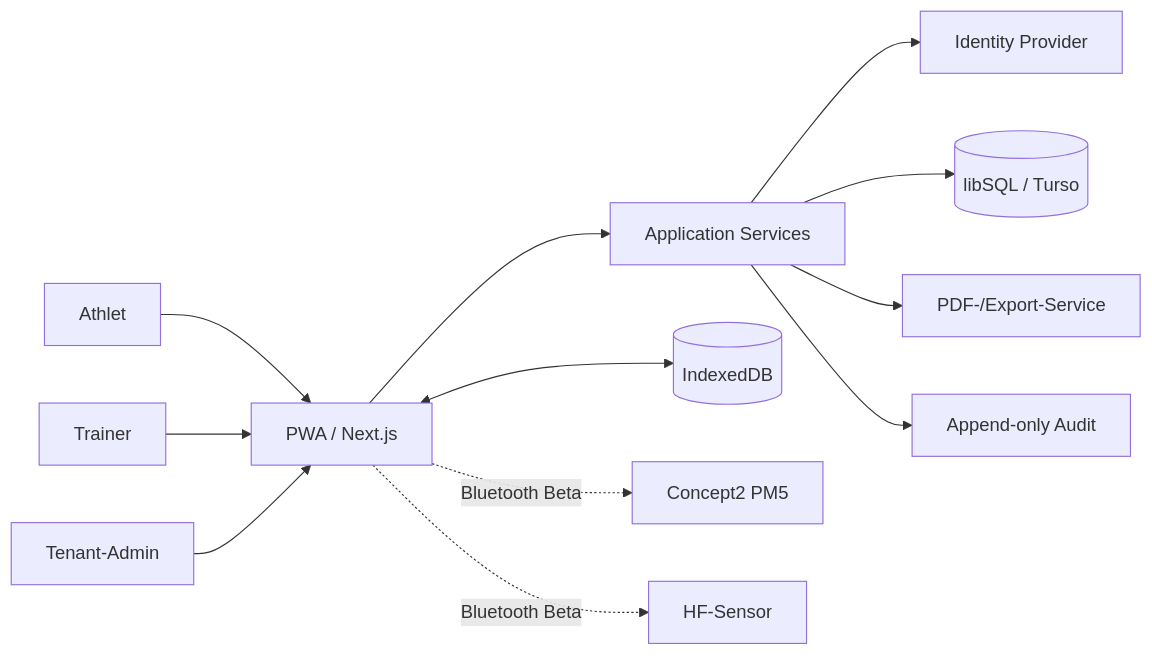
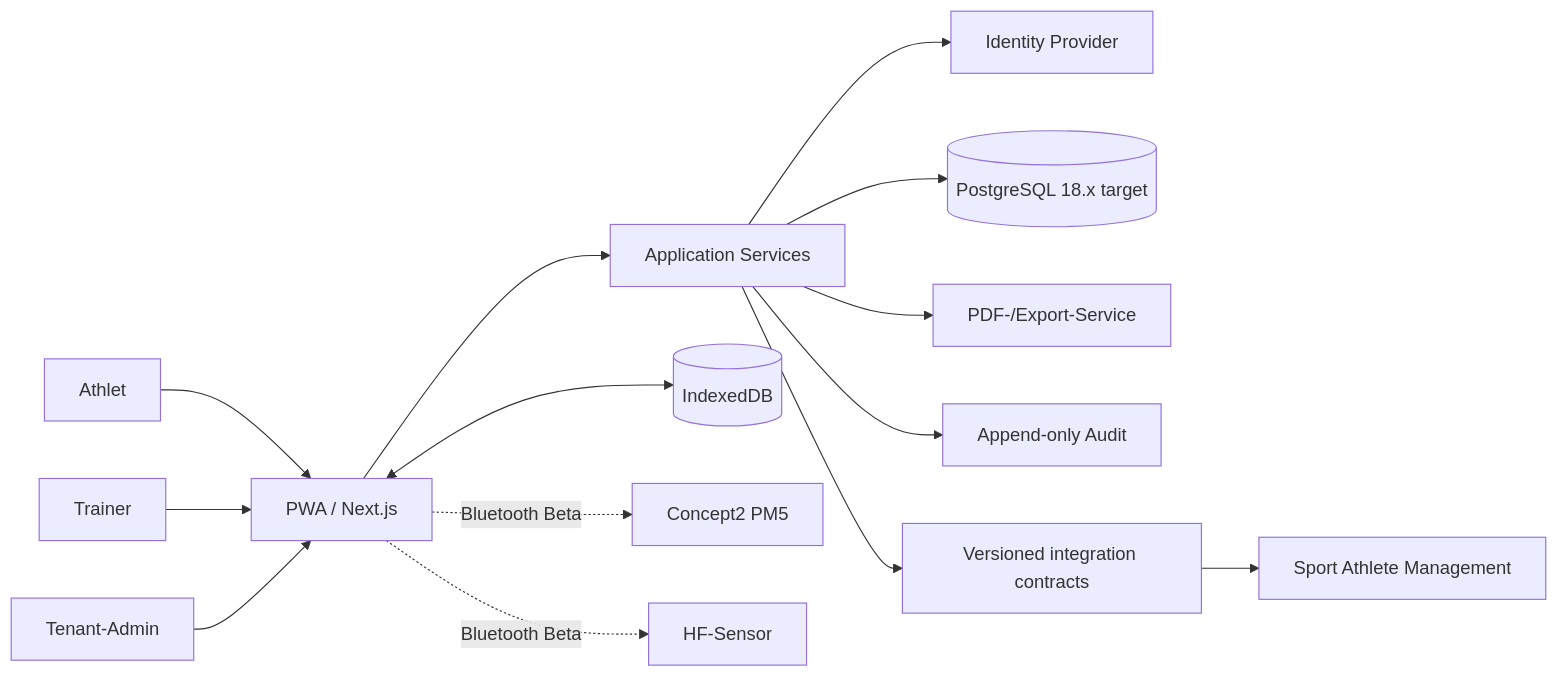
One commit to GithubLarsKomo/master-diagnostics changed the diagram in ARCHITECTURE.md. Above: the diagram before and after it, drawn with Mermaid. The commit also changed other lines of this file and 8 other files, not shown here.

First line of the commit message:
Align platform architecture with PostgreSQL 18.x

````diff
--- a/ARCHITECTURE.md
+++ b/ARCHITECTURE.md
@@ -14,14 +16,16 @@
 ```mermaid
 flowchart LR
   Athlete[Athlet] --> Web[PWA / Next.js]
   Coach[Trainer] --> Web
   Admin[Tenant-Admin] --> Web
   Web --> App[Application Services]
   App --> Auth[Identity Provider]
-  App --> DB[(libSQL / Turso)]
+  App --> DB[(PostgreSQL 18.x target)]
   Web <--> IDB[(IndexedDB)]
   Web -. Bluetooth Beta .-> PM5[Concept2 PM5]
   Web -. Bluetooth Beta .-> HR[HF-Sensor]
   App --> PDF[PDF-/Export-Service]
   App --> Audit[Append-only Audit]
+  App --> Integration[Versioned integration contracts]
+  Integration --> Sport[Sport Athlete Management]
 ```
````
